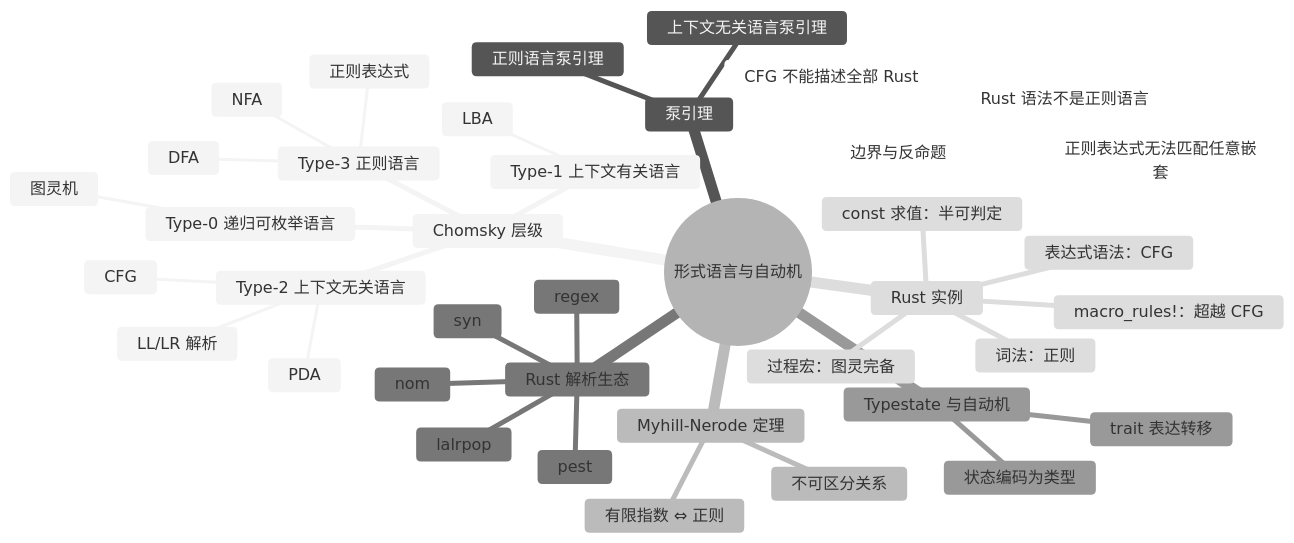
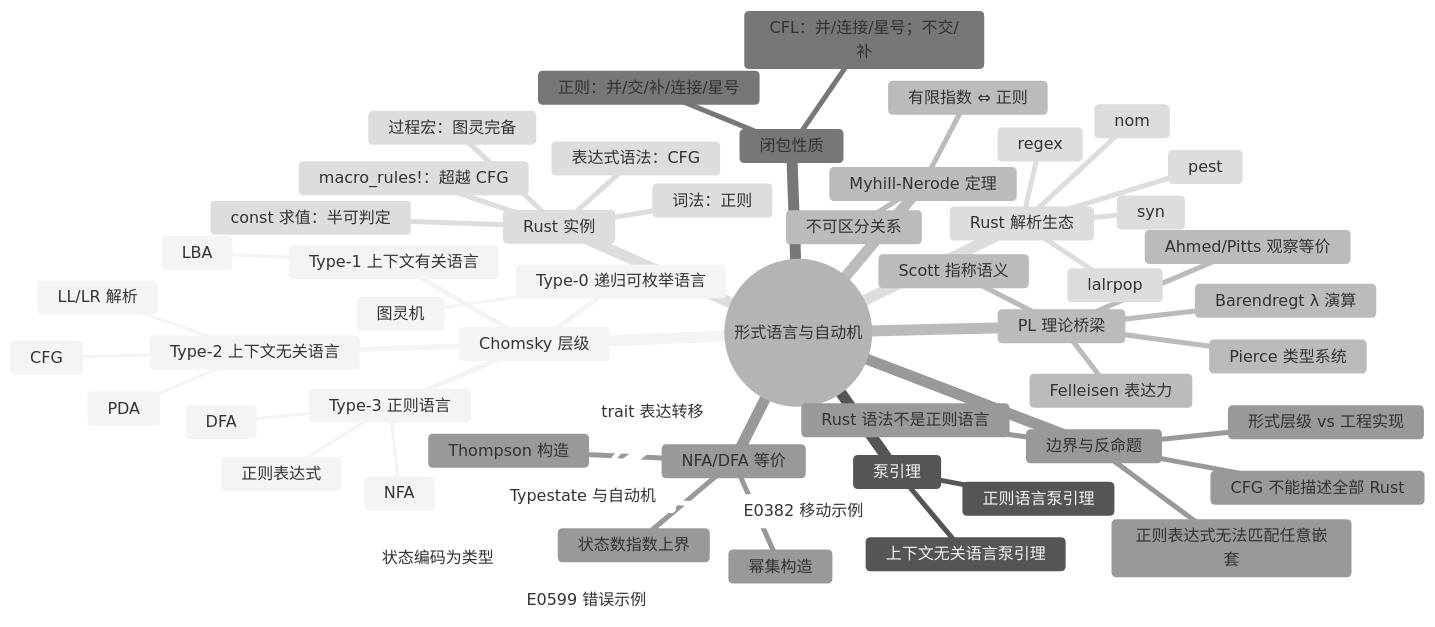
Before and after one commit to martin-ly/rust-lang: the second of 2 diagrams in concept/04_formal/11_computational_models/03_formal_languages_and_automata.md, drawn with Mermaid (neutral theme). The commit also changed other lines of this file and 43 other files, not shown here.

````diff
--- a/concept/04_formal/11_computational_models/03_formal_languages_and_automata.md
+++ b/concept/04_formal/11_computational_models/03_formal_languages_and_automata.md
@@ -715,42 +1090,58 @@
 ```mermaid
 mindmap
   root((形式语言与自动机))
     Chomsky 层级
       Type-3 正则语言
         DFA
         NFA
         正则表达式
       Type-2 上下文无关语言
         CFG
         PDA
         LL/LR 解析
       Type-1 上下文有关语言
         LBA
       Type-0 递归可枚举语言
         图灵机
     泵引理
       正则语言泵引理
       上下文无关语言泵引理
     Myhill-Nerode 定理
       不可区分关系
       有限指数 ⇔ 正则
+    闭包性质
+      正则：并/交/补/连接/星号
+      CFL：并/连接/星号；不交/补
+    NFA/DFA 等价
+      Thompson 构造
+      幂集构造
+      状态数指数上界
     Rust 解析生态
       regex
       nom
       pest
       lalrpop
       syn
     Typestate 与自动机
       状态编码为类型
       trait 表达转移
+      E0599 错误示例
+      E0382 移动示例
     Rust 实例
       词法：正则
       表达式语法：CFG
       macro_rules!：超越 CFG
       过程宏：图灵完备
       const 求值：半可判定
+    PL 理论桥梁
+      Barendregt λ 演算
+      Scott 指称语义
+      Pierce 类型系统
+      Felleisen 表达力
+      Ahmed/Pitts 观察等价
     边界与反命题
       Rust 语法不是正则语言
       正则表达式无法匹配任意嵌套
       CFG 不能描述全部 Rust
+      形式层级 vs 工程实现
 ```
````
